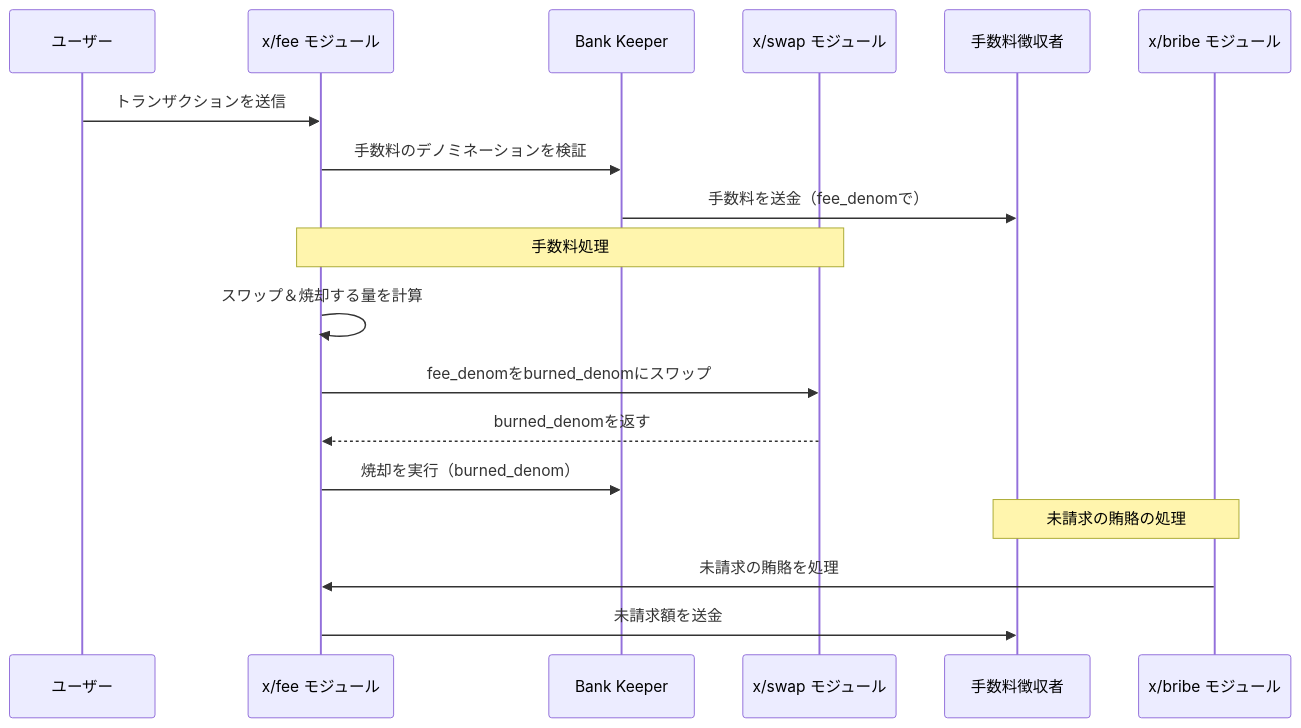
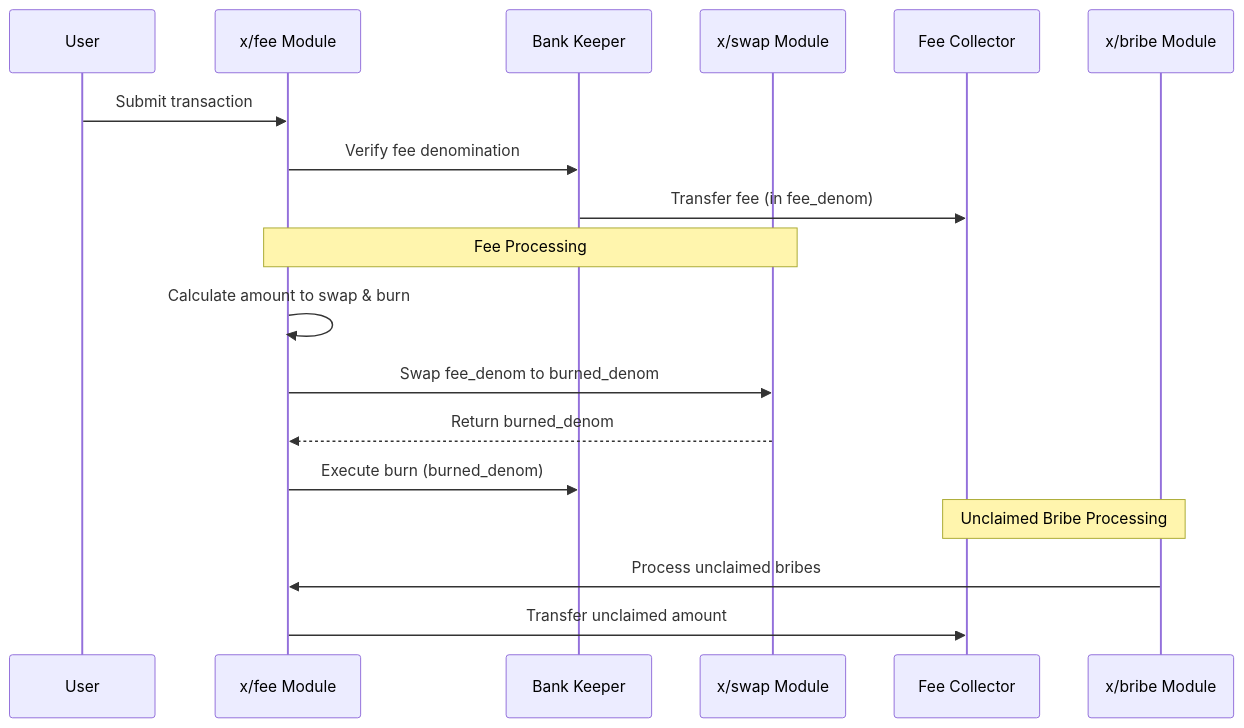
Before and after one commit to sunriselayer/gitbook: the diagram in ja/learn/sunrise/fee.md, drawn with Mermaid. The commit also changed 19 other files, not shown here.

````diff
--- a/ja/learn/sunrise/fee.md
+++ b/ja/learn/sunrise/fee.md
@@ -56,23 +56,23 @@
 ```mermaid
 sequenceDiagram
-    participant User as ユーザー
-    participant FeeModule as x/fee モジュール
+    participant User as User
+    participant FeeModule as x/fee Module
     participant BankKeeper as Bank Keeper
-    participant SwapModule as x/swap モジュール
-    participant FeeCollector as 手数料徴収者
-    participant BribeModule as x/bribe モジュール
+    participant SwapModule as x/swap Module
+    participant FeeCollector as Fee Collector
+    participant BribeModule as x/bribe Module
 
-    User->>FeeModule: トランザクションを送信
-    FeeModule->>BankKeeper: 手数料のデノミネーションを検証
-    BankKeeper->>FeeCollector: 手数料を送金（fee_denomで）
+    User->>FeeModule: Submit transaction
+    FeeModule->>BankKeeper: Verify fee denomination
+    BankKeeper->>FeeCollector: Transfer fee (in fee_denom)
     
-    note over FeeModule, SwapModule: 手数料処理
-    FeeModule->>FeeModule: スワップ＆焼却する量を計算
-    FeeModule->>SwapModule: fee_denomをburned_denomにスワップ
-    SwapModule-->>FeeModule: burned_denomを返す
-    FeeModule->>BankKeeper: 焼却を実行（burned_denom）
+    note over FeeModule, SwapModule: Fee Processing
+    FeeModule->>FeeModule: Calculate amount to swap & burn
+    FeeModule->>SwapModule: Swap fee_denom to burned_denom
+    SwapModule-->>FeeModule: Return burned_denom
+    FeeModule->>BankKeeper: Execute burn (burned_denom)
 
-    note over BribeModule, FeeCollector: 未請求の賄賂の処理
-    BribeModule->>FeeModule: 未請求の賄賂を処理
-    FeeModule->>FeeCollector: 未請求額を送金
+    note over BribeModule, FeeCollector: Unclaimed Bribe Processing
+    BribeModule->>FeeModule: Process unclaimed bribes
+    FeeModule->>FeeCollector: Transfer unclaimed amount
 ```
````
